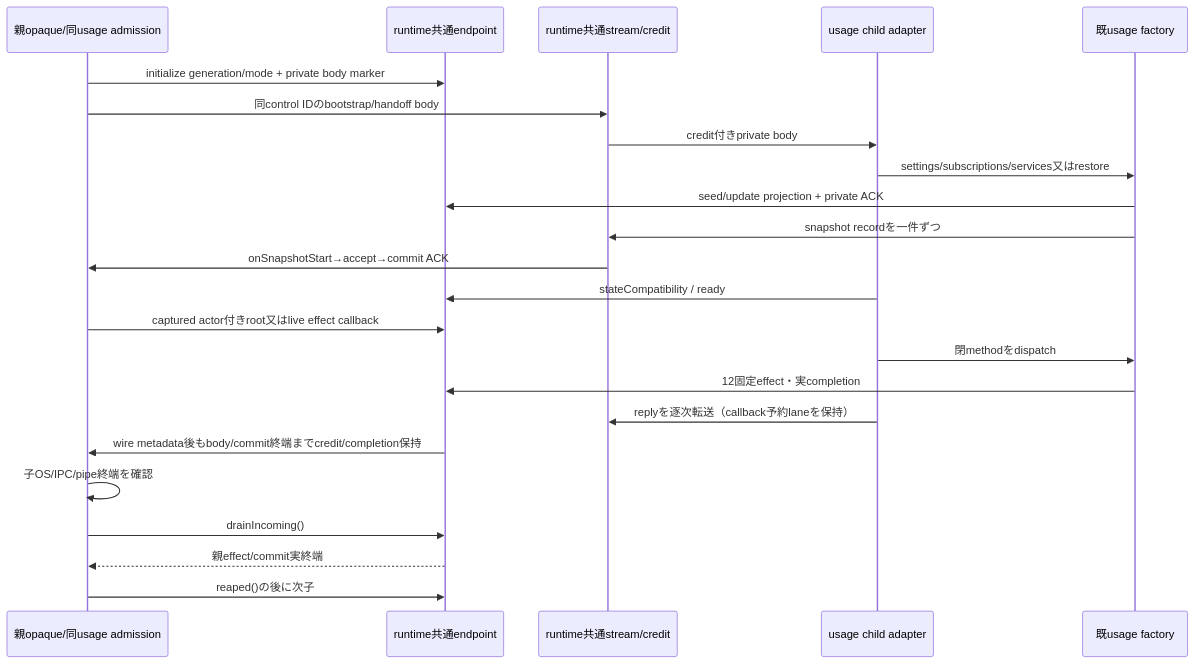
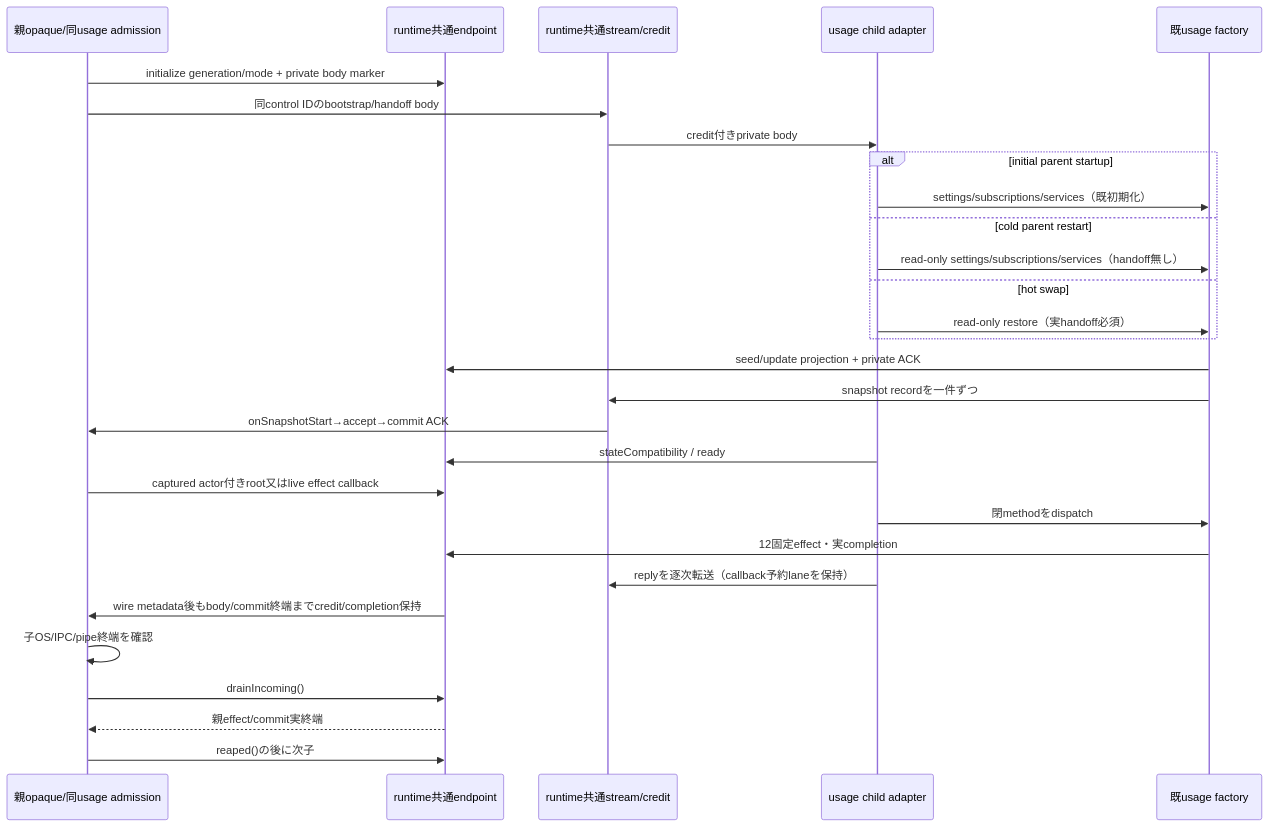
One commit to kitepon/BellTeam changed the second of 2 diagrams in docs/architecture/modules/usage/usage-process.md. Above: the diagram before and after it, drawn with Mermaid. The commit also changed other lines of this file and 2 other files, not shown here.

Commit message:
Allow cold usage staged restore without a volatile handoff

````diff
--- a/docs/architecture/modules/usage/usage-process.md
+++ b/docs/architecture/modules/usage/usage-process.md
@@ -100,25 +100,31 @@
 ```mermaid
 sequenceDiagram
   participant Parent as 親opaque/同usage admission
   participant Endpoint as runtime共通endpoint
   participant Stream as runtime共通stream/credit
   participant Child as usage child adapter
   participant Factory as 既usage factory
   Parent->>Endpoint: initialize generation/mode + private body marker
   Parent->>Stream: 同control IDのbootstrap/handoff body
   Stream->>Child: credit付きprivate body
-  Child->>Factory: settings/subscriptions/services又はrestore
+  alt initial parent startup
+    Child->>Factory: settings/subscriptions/services（既初期化）
+  else cold parent restart
+    Child->>Factory: read-only settings/subscriptions/services（handoff無し）
+  else hot swap
+    Child->>Factory: read-only restore（実handoff必須）
+  end
   Factory->>Endpoint: seed/update projection + private ACK
   Factory->>Stream: snapshot recordを一件ずつ
   Stream->>Parent: onSnapshotStart→accept→commit ACK
   Child->>Endpoint: stateCompatibility / ready
   Parent->>Endpoint: captured actor付きroot又はlive effect callback
   Child->>Factory: 閉methodをdispatch
   Factory->>Endpoint: 12固定effect・実completion
   Child->>Stream: replyを逐次転送（callback予約laneを保持）
   Endpoint->>Parent: wire metadata後もbody/commit終端までcredit/completion保持
   Parent->>Parent: 子OS/IPC/pipe終端を確認
   Parent->>Endpoint: drainIncoming()
   Endpoint-->>Parent: 親effect/commit実終端
   Parent->>Endpoint: reaped()の後に次子
 ```
````
